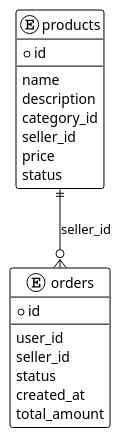
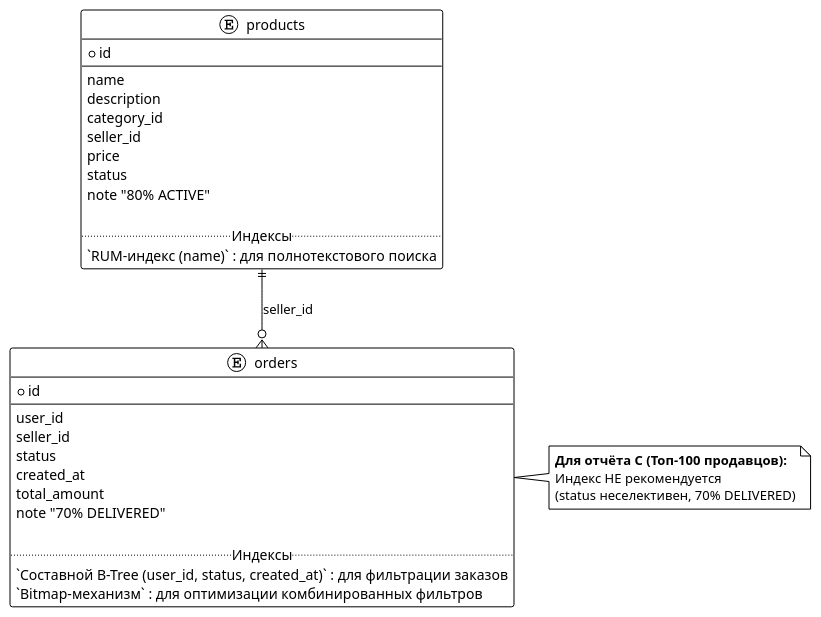
One commit to Flawless19/Architecture2026 changed the diagram in Homework_4/UML diagram.puml. Above: the diagram before and after it, drawn with PlantUML. The commit also changed 3 other files, not shown here.

```diff
--- a/Homework_4/UML diagram.puml
+++ b/Homework_4/UML diagram.puml
@@ -1,26 +1,42 @@
 @startuml
 !theme plain
 
 entity "products" as products {
     * id
     --
     name
     description
     category_id
     seller_id
     price
     status
+    note "80% ACTIVE"
+    
+    .. Индексы ..
+    `RUM-индекс (name)` : для полнотекстового поиска
 }
 
 entity "orders" as orders {
     * id
     --
     user_id
     seller_id
     status
     created_at
     total_amount
+    note "70% DELIVERED"
+    
+    .. Индексы ..
+    `Составной B-Tree (user_id, status, created_at)` : для фильтрации заказов
+    `Bitmap-механизм` : для оптимизации комбинированных фильтров
 }
 
 products ||--o{ orders : "seller_id"
+
+note right of orders
+  <b>Для отчёта C (Топ-100 продавцов):</b>
+  Индекс НЕ рекомендуется
+  (status неселективен, 70% DELIVERED)
+end note
+
 @enduml
```
